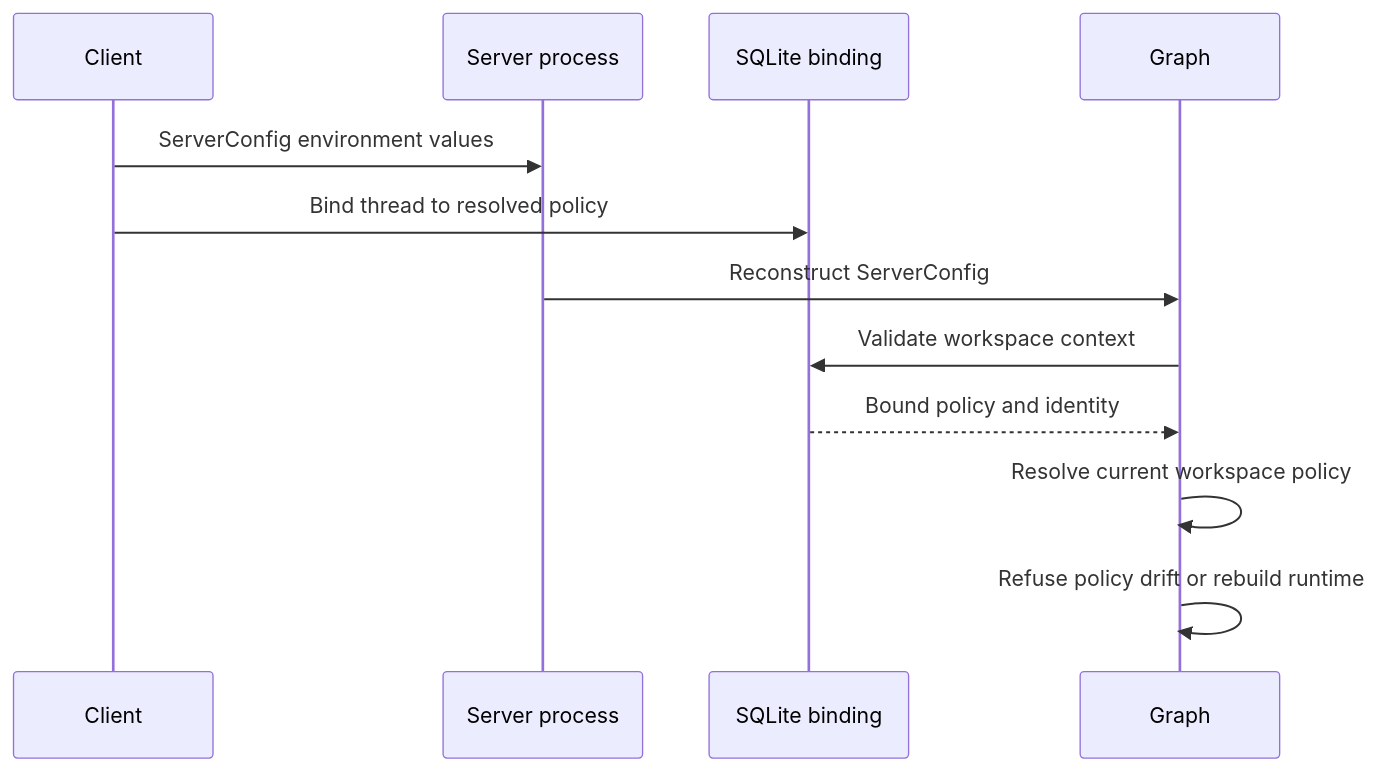
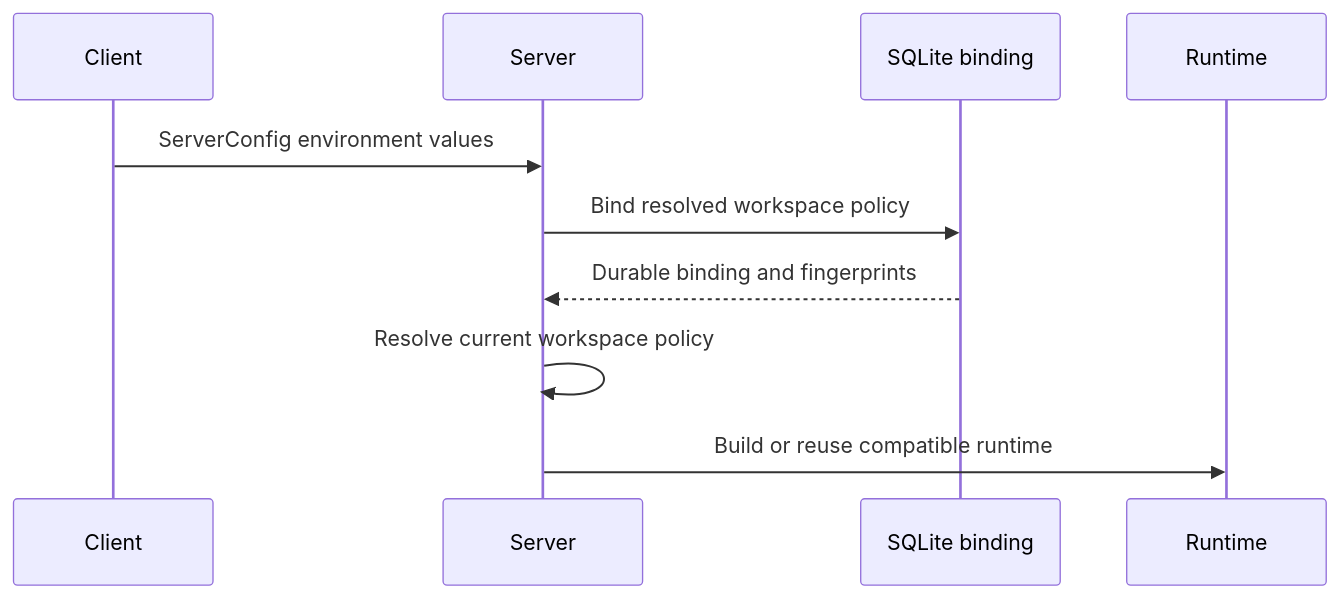
The third of 3 diagrams in openwiki/concepts/config-layering.md (langchain-ai/deepagents), drawn with Mermaid before and after one commit. The commit also changed other lines of this file and 67 other files, not shown here.

````diff
--- a/openwiki/concepts/config-layering.md
+++ b/openwiki/concepts/config-layering.md
@@ -112,14 +114,12 @@
 ```mermaid
 sequenceDiagram
     participant Client
-    participant Server as Server process
+    participant Server
     participant Binding as SQLite binding
-    participant Graph
+    participant Runtime
     Client->>Server: ServerConfig environment values
-    Client->>Binding: Bind thread to resolved policy
-    Server->>Graph: Reconstruct ServerConfig
-    Graph->>Binding: Validate workspace context
-    Binding-->>Graph: Bound policy and identity
-    Graph->>Graph: Resolve current workspace policy
-    Graph->>Graph: Refuse policy drift or rebuild runtime
+    Server->>Binding: Bind resolved workspace policy
+    Binding-->>Server: Durable binding and fingerprints
+    Server->>Server: Resolve current workspace policy
+    Server->>Runtime: Build or reuse compatible runtime
 ```
````
